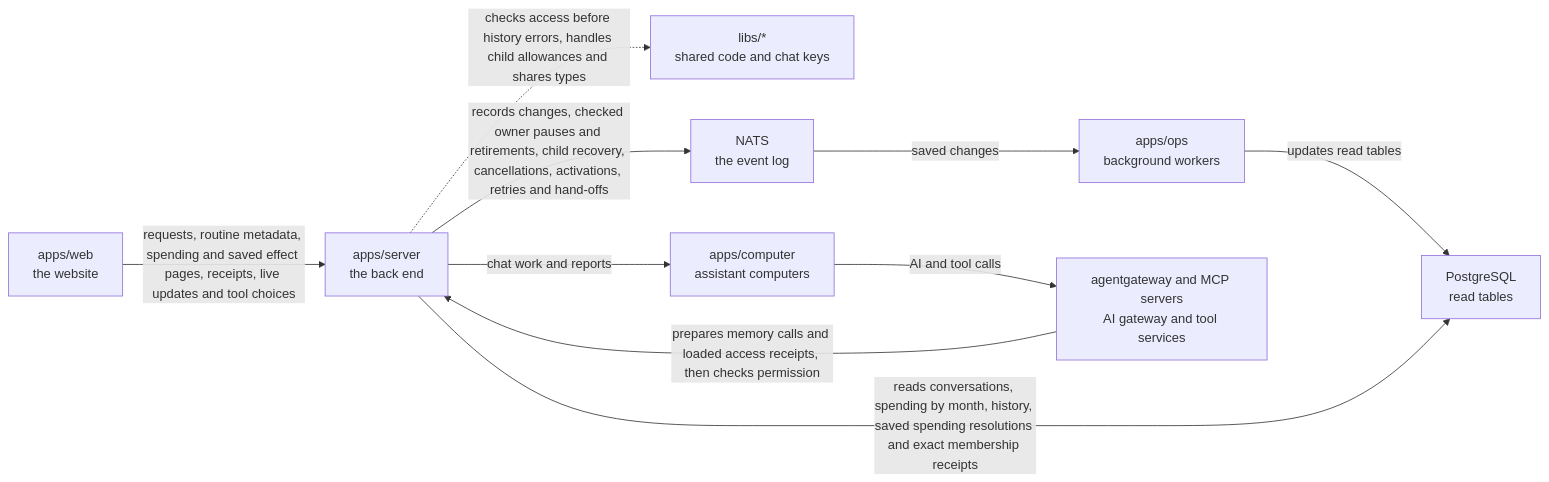
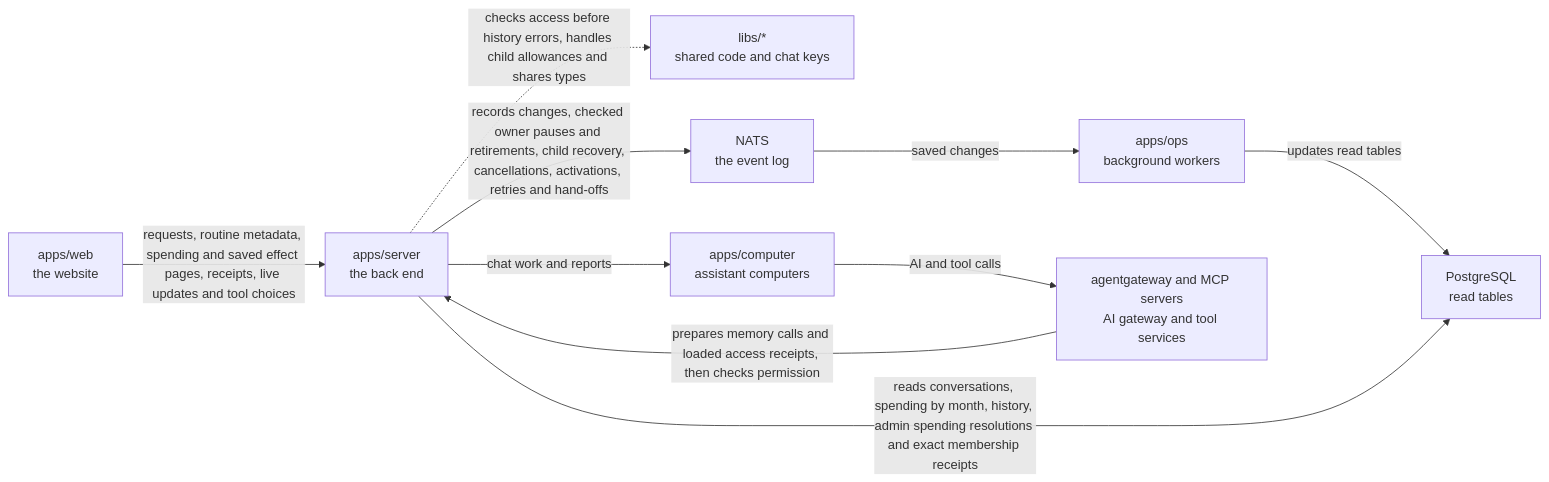
Before and after one commit to elewa-git/opencrane-new: the diagram in apps/server/README.md, drawn with Mermaid. The commit also changed other lines of this file and 3 other files, not shown here.

Commit message:
🔒 Keep spending resolutions in admin history

````diff
--- a/apps/server/README.md
+++ b/apps/server/README.md
@@ -52,12 +53,12 @@
 ```mermaid
 flowchart LR
   web["apps/web<br/>the website"] -->|requests, routine metadata, spending and saved effect pages, receipts, live updates and tool choices| server["apps/server<br/>the back end"]
   server -.->|checks access before history errors, handles child allowances and shares types| libs["libs/*<br/>shared code and chat keys"]
   server -->|records changes, checked owner pauses and retirements, child recovery, cancellations, activations, retries and hand-offs| nats["NATS<br/>the event log"]
   nats -->|saved changes| ops["apps/ops<br/>background workers"]
   ops -->|updates read tables| postgres["PostgreSQL<br/>read tables"]
-  server -->|reads conversations, spending by month, history, saved spending resolutions and exact membership receipts| postgres
+  server -->|reads conversations, spending by month, history, admin spending resolutions and exact membership receipts| postgres
   server -->|chat work and reports| computer["apps/computer<br/>assistant computers"]
   computer -->|AI and tool calls| runtime["agentgateway and MCP servers<br/>AI gateway and tool services"]
   runtime -->|prepares memory calls and loaded access receipts, then checks permission| server
 ```
````
